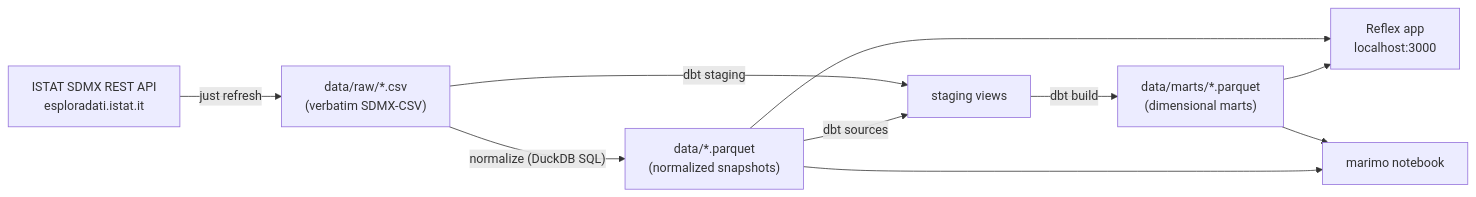
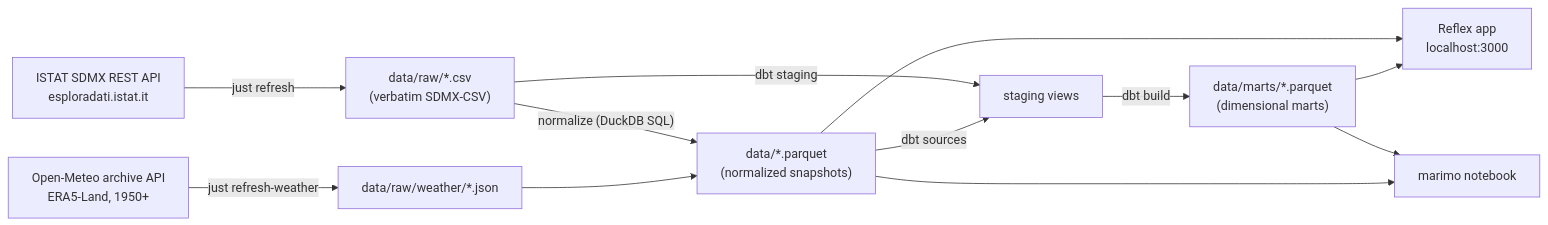
The diagram in docs/02-architecture.md (montanarograziano/italy-dashboard), drawn with Mermaid before and after one commit. The commit also changed other lines of this file and 4 other files, not shown here.

````diff
--- a/docs/02-architecture.md
+++ b/docs/02-architecture.md
@@ -5,12 +5,14 @@
 ```mermaid
 flowchart LR
     A["ISTAT SDMX REST API<br/>esploradati.istat.it"] -->|"just refresh"| B["data/raw/*.csv<br/>(verbatim SDMX-CSV)"]
     B -->|"normalize (DuckDB SQL)"| C["data/*.parquet<br/>(normalized snapshots)"]
     B -->|"dbt staging"| D["staging views"]
     C -->|"dbt sources"| D
     D -->|"dbt build"| E["data/marts/*.parquet<br/>(dimensional marts)"]
     C --> F["Reflex app<br/>localhost:3000"]
     E --> F
     E --> G["marimo notebook"]
     C --> G
+    W["Open-Meteo archive API<br/>ERA5-Land, 1950+"] -->|"just refresh-weather"| X["data/raw/weather/*.json"]
+    X --> C
 ```
````
